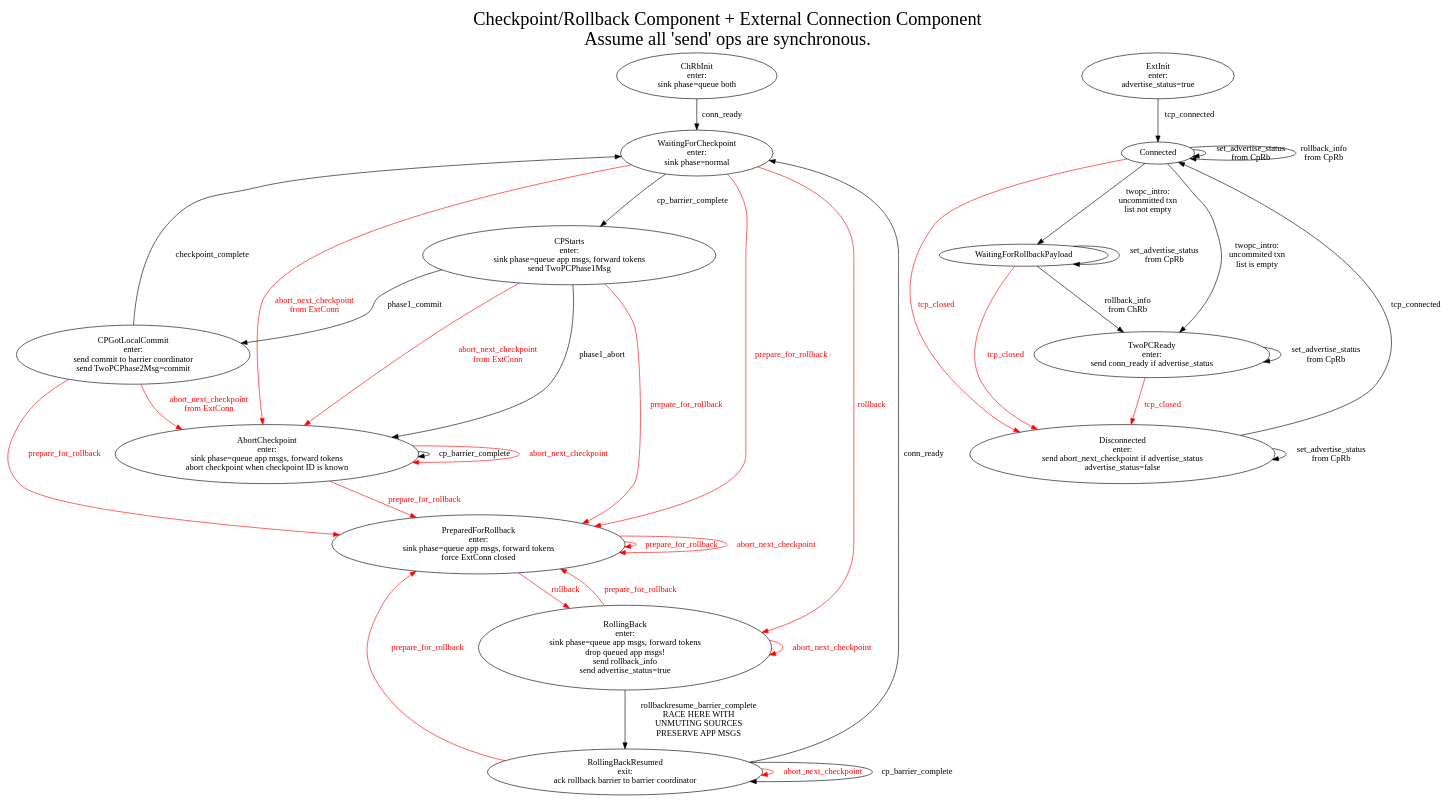
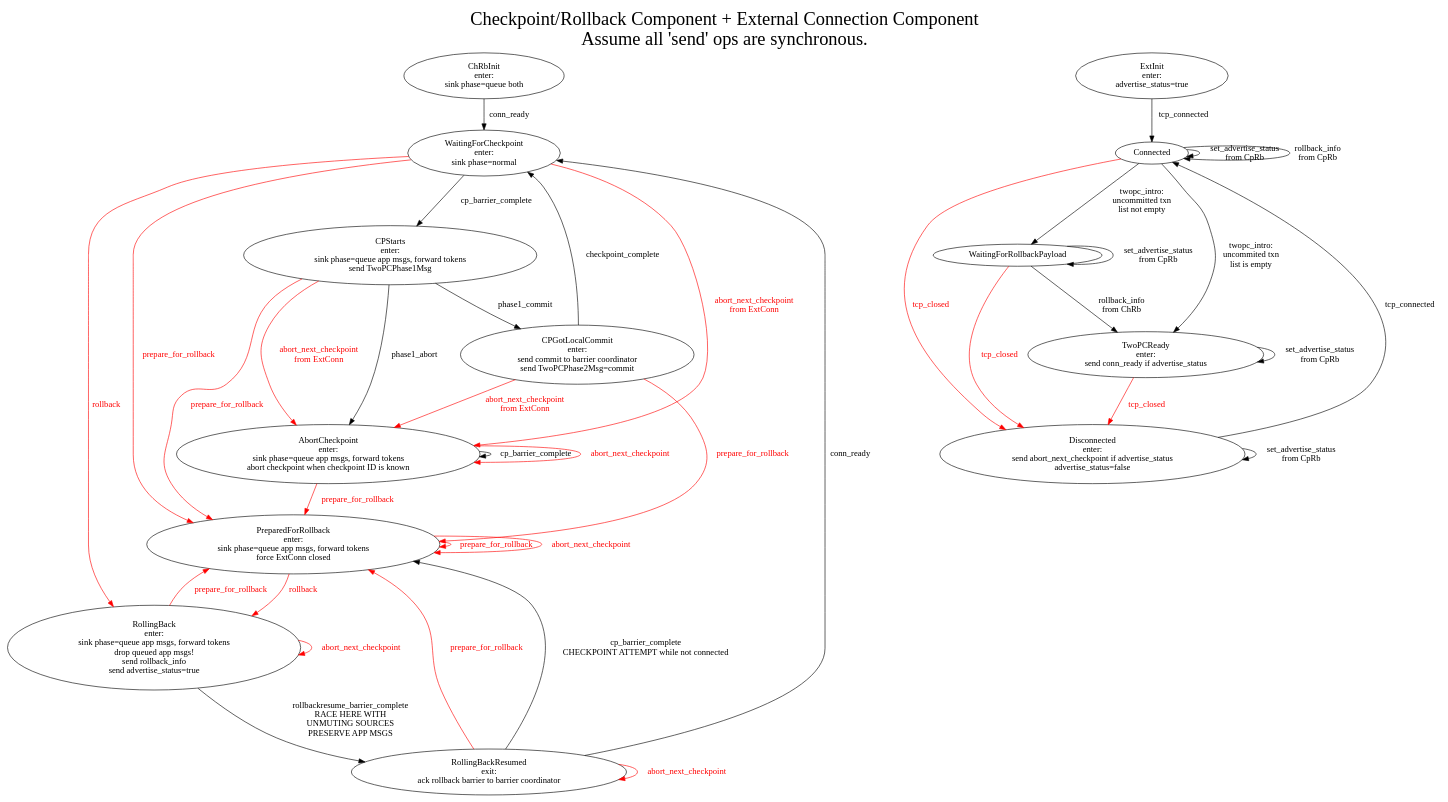
One commit to WallarooLabs/wally changed the diagram in lib/wallaroo/core/sink/connector_sink/connector-sink-2pc-management.dot. Above: the diagram before and after it, drawn with Graphviz. The commit also changed 1 other file, not shown here.

Commit message:
WIP: RollingBackResumed: if cp_barrier_complete, then abort the checkpoint and transition

```diff
--- a/lib/wallaroo/core/sink/connector_sink/connector-sink-2pc-management.dot
+++ b/lib/wallaroo/core/sink/connector_sink/connector-sink-2pc-management.dot
@@ -1,89 +1,89 @@
 digraph mashup {
     graph [label="Checkpoint/Rollback Component + External Connection Component\nAssume all 'send' ops are synchronous.",labelloc=t,fontsize=30];
 
     ## BEGIN LEFT
     subgraph checkpoint_rollback_component {
 	graph [label="SUB Checkpoint/Rollback Component",labelloc=t,fontsize=20];
 
 	// Subgraphs
 	subgraph init {
             ChRbInit [label="ChRbInit\nenter:\nsink phase=queue both"];
 	}
 	subgraph cp {
             WaitingForCheckpoint [label="WaitingForCheckpoint\nenter:\nsink phase=normal"];
             AbortCheckpoint [label="AbortCheckpoint\nenter:\nsink phase=queue app msgs, forward tokens\nabort checkpoint when checkpoint ID is known"];
 	}
 	subgraph sacp {
             CPStarts [label="CPStarts\nenter:\nsink phase=queue app msgs, forward tokens\nsend TwoPCPhase1Msg"];
             CPGotLocalCommit [label="CPGotLocalCommit\nenter:\nsend commit to barrier coordinator\nsend TwoPCPhase2Msg=commit"];
             // CPGotGlobalVote; // Can we remove this node?
 
             CPStarts -> CPGotLocalCommit [label="phase1_commit"];
             CPStarts -> AbortCheckpoint [label="phase1_abort"];
             CPGotLocalCommit -> WaitingForCheckpoint [label="checkpoint_complete"];
 	}
 	subgraph rollback {
             PreparedForRollback [label="PreparedForRollback\nenter:\nsink phase=queue app msgs, forward tokens\nforce ExtConn closed"];
             RollingBack [label="RollingBack\nenter:\nsink phase=queue app msgs, forward tokens\ndrop queued app msgs!\nsend rollback_info\nsend advertise_status=true"];
             RollingBackResumed [label="RollingBackResumed\nexit:\nack rollback barrier to barrier coordinator"];
 
             PreparedForRollback -> PreparedForRollback [label="prepare_for_rollback",fontcolor=red,color=red];
 			PreparedForRollback -> PreparedForRollback [label="abort_next_checkpoint",fontcolor=red,color=red];
             PreparedForRollback -> RollingBack [label="rollback",fontcolor=red,color=red];
 	}
 
 	// Other Edges
 	ChRbInit -> WaitingForCheckpoint [label="conn_ready"];
 
 	WaitingForCheckpoint -> CPStarts [label="cp_barrier_complete"];
 	AbortCheckpoint -> AbortCheckpoint [label="cp_barrier_complete"];
 	AbortCheckpoint -> AbortCheckpoint [label="abort_next_checkpoint",fontcolor=red,color=red];
 
 	WaitingForCheckpoint -> PreparedForRollback [label="prepare_for_rollback",fontcolor=red,color=red];
 	AbortCheckpoint -> PreparedForRollback [label="prepare_for_rollback",fontcolor=red,color=red];
 	CPStarts -> PreparedForRollback [label="prepare_for_rollback",fontcolor=red,color=red];
 	CPGotLocalCommit -> PreparedForRollback [label="prepare_for_rollback",fontcolor=red,color=red];
 
 	WaitingForCheckpoint -> AbortCheckpoint [label="abort_next_checkpoint\nfrom ExtConn",fontcolor=red,color=red];
 	WaitingForCheckpoint -> RollingBack [label="rollback",fontcolor=red,color=red];
 	CPStarts -> AbortCheckpoint [label="abort_next_checkpoint\nfrom ExtConn",fontcolor=red,color=red];
 	CPGotLocalCommit -> AbortCheckpoint [label="abort_next_checkpoint\nfrom ExtConn",fontcolor=red,color=red];
 
 	RollingBack -> RollingBack [label="abort_next_checkpoint",fontcolor=red,color=red];
 	RollingBack -> RollingBackResumed [label="rollbackresume_barrier_complete\nRACE HERE WITH\nUNMUTING SOURCES\nPRESERVE APP MSGS"];
 	RollingBack -> PreparedForRollback [label="prepare_for_rollback",fontcolor=red,color=red];
 
 	RollingBackResumed -> RollingBackResumed [label="abort_next_checkpoint",fontcolor=red,color=red];
 	RollingBackResumed -> WaitingForCheckpoint [label="conn_ready"];
 	RollingBackResumed -> PreparedForRollback [label="prepare_for_rollback",fontcolor=red,color=red];
-	RollingBackResumed -> RollingBackResumed [label="cp_barrier_complete"];
+	RollingBackResumed -> PreparedForRollback [label="cp_barrier_complete\nCHECKPOINT ATTEMPT while not connected"];
     }
     ## END LEFT
 
     ## BEGIN RIGHT
     subgraph external_connection_component {
         graph [label="External Connection Component",labelloc=t,fontsize=30];
 
         ExtInit [label="ExtInit\nenter:\nadvertise_status=true"];
         ExtInit -> Connected [label="tcp_connected"];
         Connected -> Disconnected [label="tcp_closed",fontcolor=red,color=red];
         Connected -> Connected [label="set_advertise_status\nfrom CpRb"];
         Connected -> Connected [label="rollback_info\nfrom CpRb"];
         Disconnected [label="Disconnected\nenter:\nsend abort_next_checkpoint if advertise_status\nadvertise_status=false"];
         Disconnected -> Connected [label="tcp_connected"];
         Disconnected -> Disconnected [label="set_advertise_status\nfrom CpRb"];
         Connected -> WaitingForRollbackPayload [label="twopc_intro:\nuncommitted txn\nlist not empty"];
         Connected -> TwoPCReady [label="twopc_intro:\nuncommited txn\nlist is empty"];
         WaitingForRollbackPayload -> TwoPCReady [label="rollback_info\nfrom ChRb"];
         WaitingForRollbackPayload -> WaitingForRollbackPayload [label="set_advertise_status\nfrom CpRb"];
         WaitingForRollbackPayload -> Disconnected [label="tcp_closed",fontcolor=red,color=red];
 
         TwoPCReady [label="TwoPCReady\nenter:\nsend conn_ready if advertise_status"]
         TwoPCReady -> Disconnected [label="tcp_closed",fontcolor=red,color=red];
         TwoPCReady -> TwoPCReady [label="set_advertise_status\nfrom CpRb"]
     }
     # END RIGHT
 
     {rank=same; ChRbInit; ExtInit; };
     ## {rank=same; Disconnected; RollingBack; ; };
 }
```
